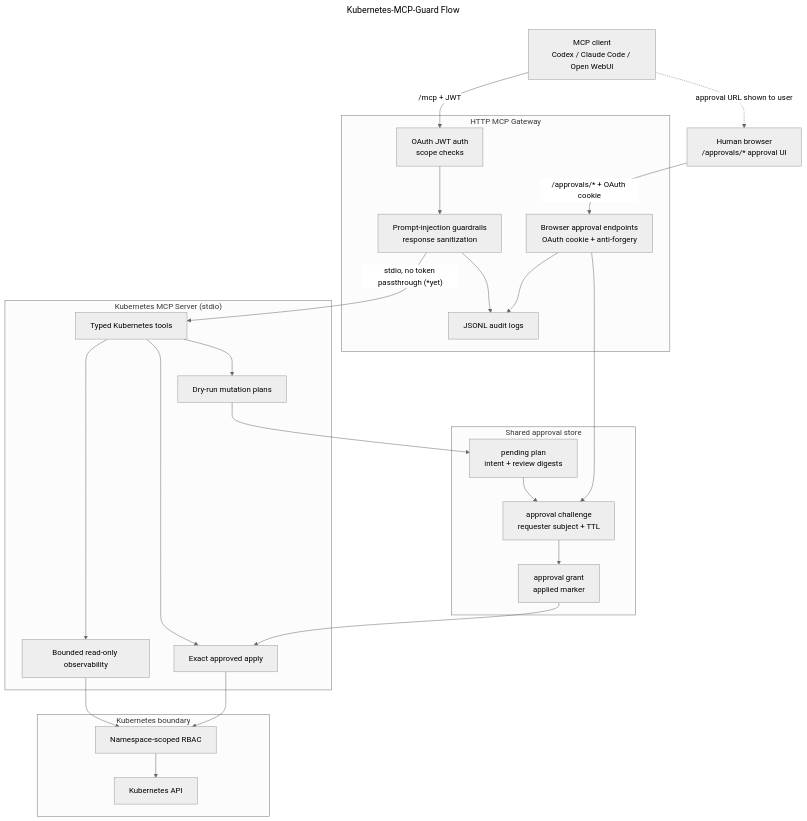
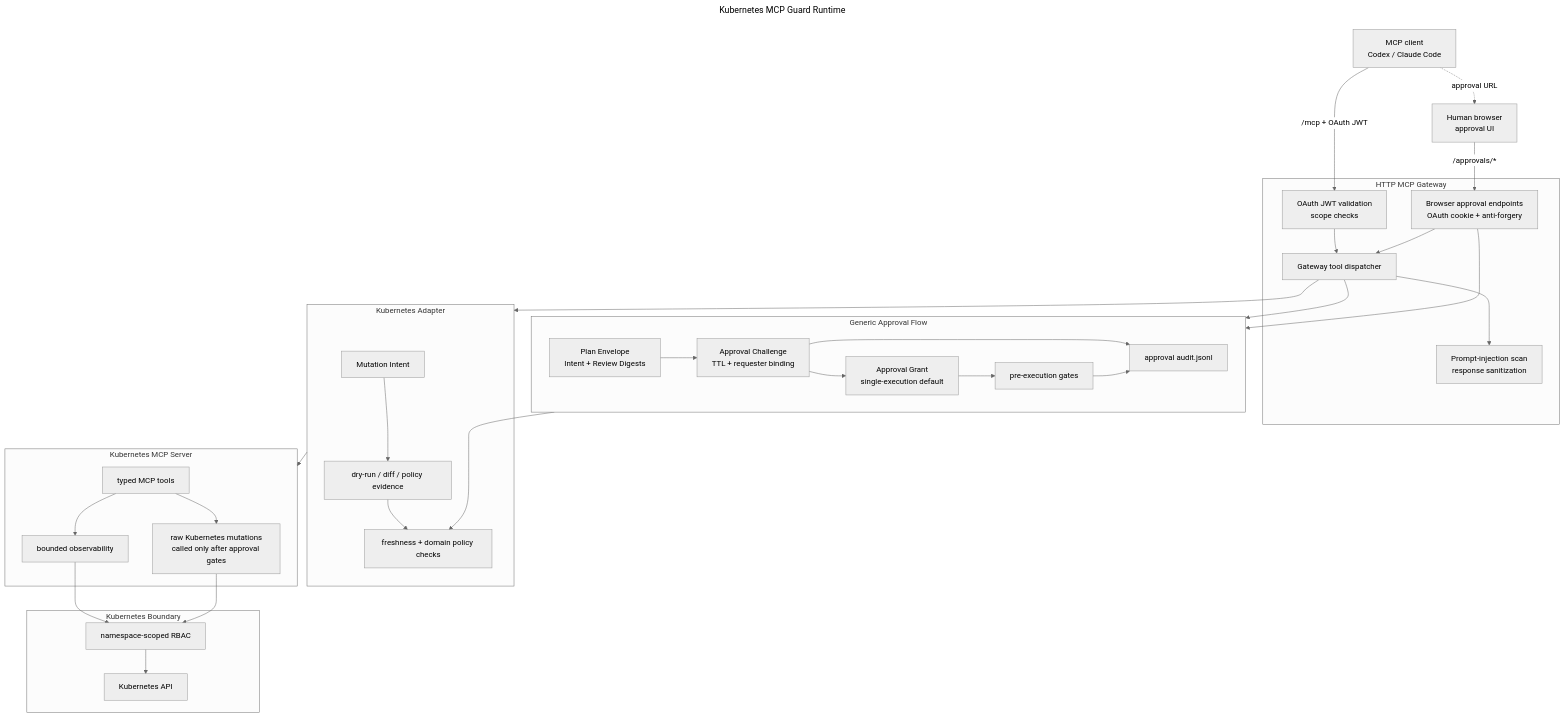
Before and after one commit to mirusser/Kubernetes-MCP-Guard: the diagram in README.md, drawn with Mermaid (neutral theme). The commit also changed other lines of this file and 23 other files, not shown here.

Commit message:
feat:Mutation Approval Architecture Improvements

````diff
--- a/README.md
+++ b/README.md
@@ -44,52 +46,65 @@
 ```mermaid
 ---
-title: Kubernetes-MCP-Guard Flow
+title: Kubernetes MCP Guard Runtime
 ---
 flowchart TB
-    Client["MCP client<br/>Codex / Claude Code / Open WebUI"]
-    Browser["Human browser<br/>/approvals/* approval UI"]
+    Client["MCP client<br/>Codex / Claude Code"]
+    Browser["Human browser<br/>approval UI"]
 
     subgraph Gateway["HTTP MCP Gateway"]
-        Auth["OAuth JWT auth<br/>scope checks"]
-        Guardrails["Prompt-injection guardrails<br/>response sanitization"]
+        Auth["OAuth JWT validation<br/>scope checks"]
+        Guardrails["Prompt-injection scan<br/>response sanitization"]
         ApprovalUI["Browser approval endpoints<br/>OAuth cookie + anti-forgery"]
-        Audit["JSONL audit logs"]
-        Auth --> Guardrails
-        Guardrails --> Audit
-        ApprovalUI --> Audit
+        Dispatcher["Gateway tool dispatcher"]
+        Auth --> Dispatcher
+        Dispatcher --> Guardrails
+        ApprovalUI --> Dispatcher
     end
 
-    subgraph Store["Shared approval store"]
-        Pending["pending plan<br/>intent + review digests"]
-        Challenge["approval challenge<br/>requester subject + TTL"]
-        Approved["approval grant<br/>applied marker"]
-        Pending --> Challenge
-        Challenge --> Approved
+    subgraph Core["Generic Approval Flow"]
+        direction LR
+        Envelope["Plan Envelope<br/>Intent + Review Digests"]
+        Challenge["Approval Challenge<br/>TTL + requester binding"]
+        Grant["Approval Grant<br/>single-execution default"]
+        Gates["pre-execution gates"]
+        Audit["approval audit.jsonl"]
+        Envelope --> Challenge
+        Challenge --> Grant
+        Grant --> Gates
+        Challenge --> Audit
+        Gates --> Audit
     end
 
-    subgraph Server["Kubernetes MCP Server (stdio)"]
-        Tools["Typed Kubernetes tools"]
-        ReadOnly["Bounded read-only observability"]
-        Plans["Dry-run mutation plans"]
-        Apply["Exact approved apply"]
-        Tools --> ReadOnly
-        Tools --> Plans
-        Tools --> Apply
+    subgraph Adapter["Kubernetes Adapter"]
+        Intent["Mutation Intent"]
+        Evidence["dry-run / diff / policy evidence"]
+        Freshness["freshness + domain policy checks"]
+        Intent --> Evidence
+        Evidence --> Freshness
     end
 
-    subgraph Kubernetes["Kubernetes boundary"]
-        RBAC["Namespace-scoped RBAC"]
+    subgraph Server["Kubernetes MCP Server"]
+        Tools["typed MCP tools"]
+        Reads["bounded observability"]
+        Mutations["raw Kubernetes mutations<br/>called only after approval gates"]
+        Tools --> Reads
+        Tools --> Mutations
+    end
+
+    subgraph K8s["Kubernetes Boundary"]
+        RBAC["namespace-scoped RBAC"]
         API["Kubernetes API"]
         RBAC --> API
     end
 
-    Client -->|"/mcp + JWT"| Auth
-    Guardrails -->|"stdio, no token passthrough (*yet)"| Tools
-    Plans --> Pending
-    Client -.->|"approval URL shown to user"| Browser
-    Browser -->|"/approvals/* + OAuth cookie"| ApprovalUI
+    Client -->|"/mcp + OAuth JWT"| Auth
+    Dispatcher --> Adapter
+    Adapter --> Server
+    Dispatcher --> Envelope
     ApprovalUI --> Challenge
-    Approved --> Apply
-    ReadOnly --> RBAC
-    Apply --> RBAC
+    Gates --> Freshness
+    Client -.->|"approval URL"| Browser
+    Browser -->|"/approvals/*"| ApprovalUI
+    Reads --> RBAC
+    Mutations --> RBAC
 ```
````
